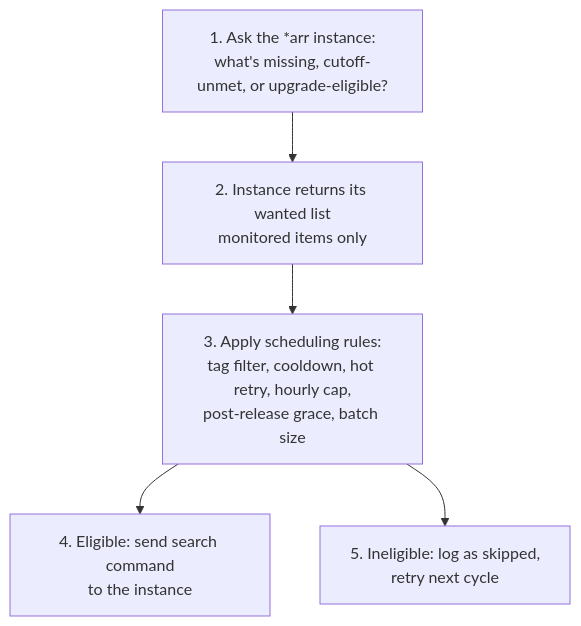
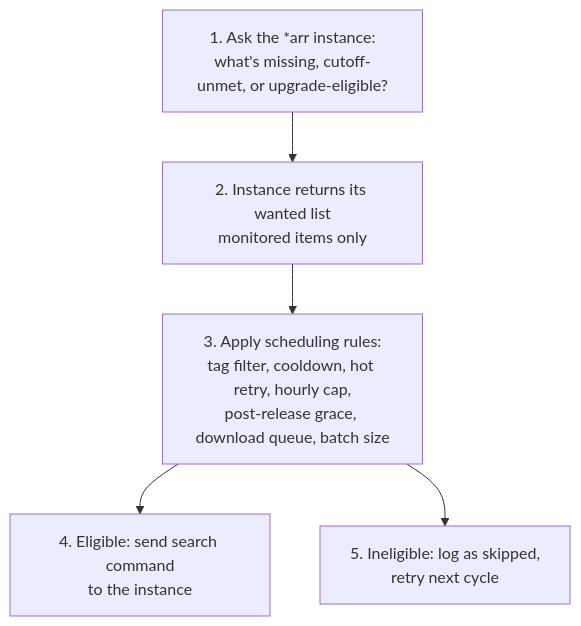
One commit to av1155/houndarr changed the first of 2 diagrams in website/docs/concepts/how-scheduling-works.md. Above: the diagram before and after it, drawn with Mermaid. The commit also changed other lines of this file and 33 other files, not shown here.

First line of the commit message:
fix(engine): skip items already in download queue (#767)

````diff
--- a/website/docs/concepts/how-scheduling-works.md
+++ b/website/docs/concepts/how-scheduling-works.md
@@ -20,12 +20,12 @@
 ```mermaid
 flowchart TD
     A["1. Ask the *arr instance:<br/>what's missing, cutoff-unmet, or upgrade-eligible?"]
     B["2. Instance returns its wanted list<br/>monitored items only"]
-    C["3. Apply scheduling rules:<br/>tag filter, cooldown, hot retry, hourly cap,<br/>post-release grace, batch size"]
+    C["3. Apply scheduling rules:<br/>tag filter, cooldown, hot retry, hourly cap,<br/>post-release grace, download queue, batch size"]
     D["4. Eligible: send search command<br/>to the instance"]
     E["5. Ineligible: log as skipped,<br/>retry next cycle"]
     A --> B
     B --> C
     C --> D
     C --> E
 ```
````
